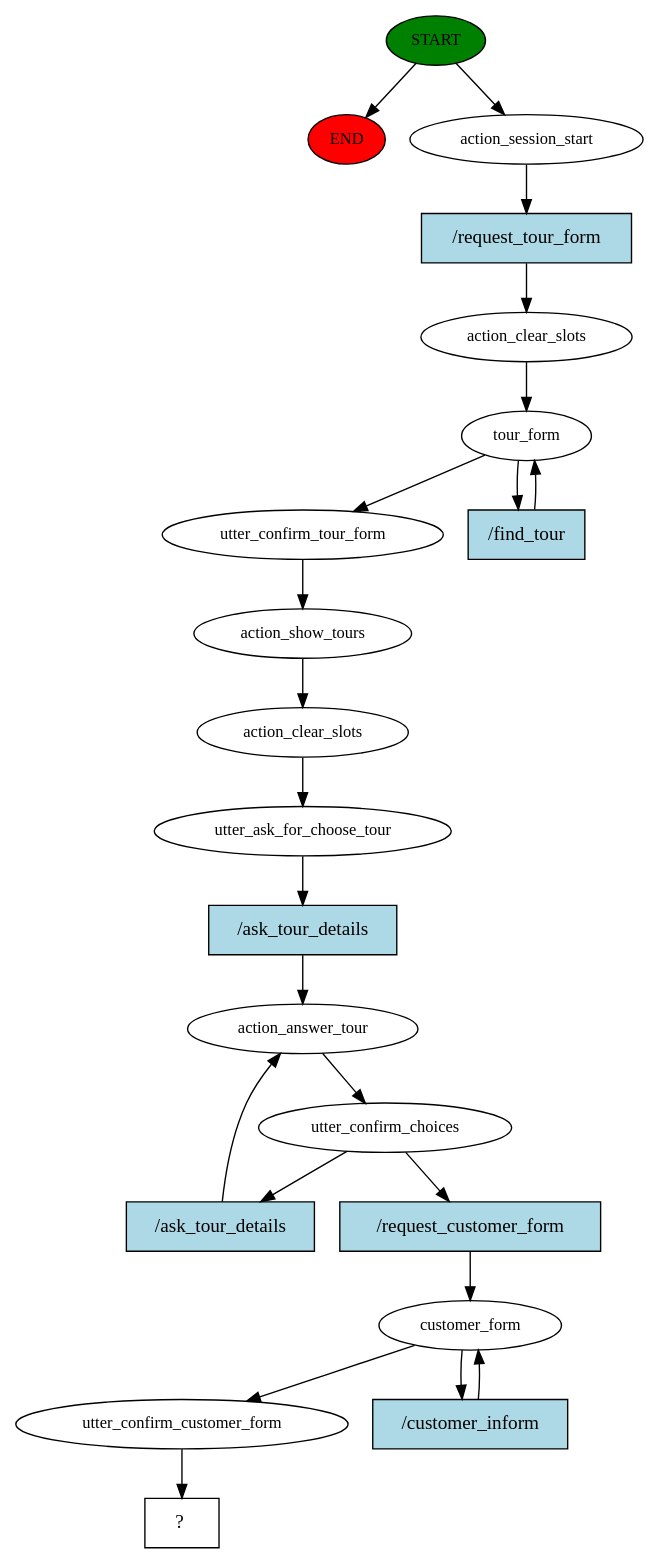
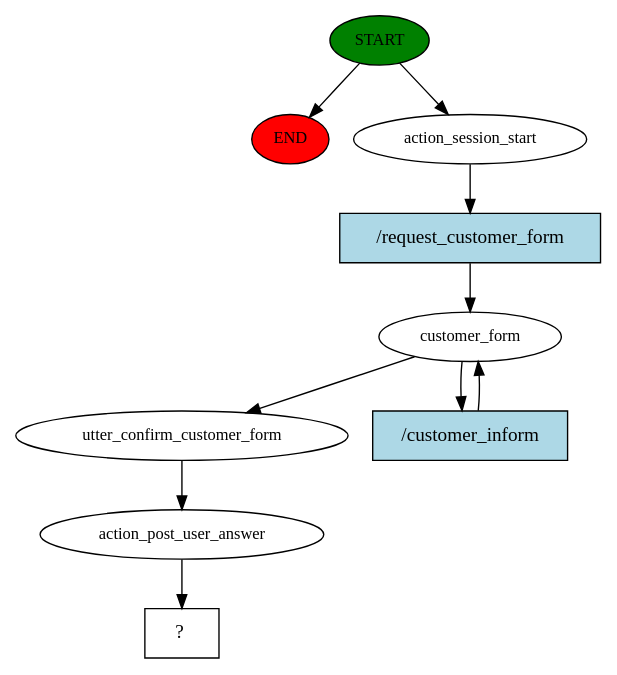
Before and after one commit to sitoan/chatbot: the diagram in story_graph.dot, drawn with Graphviz. The commit also changed 15 other files, not shown here.

```diff
--- a/story_graph.dot
+++ b/story_graph.dot
@@ -1,44 +1,20 @@
 digraph  {
 0 [class="start active", fillcolor=green, fontsize=12, label=START, style=filled];
 "-1" [class=end, fillcolor=red, fontsize=12, label=END, style=filled];
 1 [class=active, fontsize=12, label=action_session_start];
-2 [class=active, fontsize=12, label=action_clear_slots];
-3 [class=active, fontsize=12, label=tour_form];
-10 [class=active, fontsize=12, label=utter_confirm_tour_form];
-11 [class=active, fontsize=12, label=action_show_tours];
-12 [class=active, fontsize=12, label=action_clear_slots];
-13 [class=active, fontsize=12, label=utter_ask_for_choose_tour];
-14 [class=active, fontsize=12, label=action_answer_tour];
-15 [class=active, fontsize=12, label=utter_confirm_choices];
-20 [class=active, fontsize=12, label=customer_form];
-23 [class=active, fontsize=12, label=utter_confirm_customer_form];
-24 [class="intent dashed active", label="  ?  ", shape=rect];
-25 [class="intent active", fillcolor=lightblue, label="/request_tour_form", shape=rect, style=filled];
-26 [class="intent active", fillcolor=lightblue, label="/find_tour", shape=rect, style=filled];
-27 [class="intent active", fillcolor=lightblue, label="/ask_tour_details", shape=rect, style=filled];
-28 [class="intent active", fillcolor=lightblue, label="/ask_tour_details", shape=rect, style=filled];
-29 [class="intent active", fillcolor=lightblue, label="/request_customer_form", shape=rect, style=filled];
-30 [class="intent active", fillcolor=lightblue, label="/customer_inform", shape=rect, style=filled];
+2 [class=active, fontsize=12, label=customer_form];
+5 [class=active, fontsize=12, label=utter_confirm_customer_form];
+6 [class=active, fontsize=12, label=action_post_user_answer];
+7 [class="intent dashed active", label="  ?  ", shape=rect];
+8 [class="intent active", fillcolor=lightblue, label="/request_customer_form", shape=rect, style=filled];
+9 [class="intent active", fillcolor=lightblue, label="/customer_inform", shape=rect, style=filled];
 0 -> "-1"  [class="", key=NONE, label=""];
 0 -> 1  [class=active, key=NONE, label=""];
-1 -> 25  [class=active, key=0];
-2 -> 3  [class=active, key=NONE, label=""];
-3 -> 10  [class=active, key=NONE, label=""];
-3 -> 26  [class=active, key=0];
-10 -> 11  [class=active, key=NONE, label=""];
-11 -> 12  [class=active, key=NONE, label=""];
-12 -> 13  [class=active, key=NONE, label=""];
-13 -> 27  [class=active, key=0];
-14 -> 15  [class=active, key=NONE, label=""];
-15 -> 28  [class=active, key=0];
-15 -> 29  [class=active, key=0];
-20 -> 23  [class=active, key=NONE, label=""];
-20 -> 30  [class=active, key=0];
-23 -> 24  [class=active, key=NONE, label=""];
-25 -> 2  [class=active, key=0];
-26 -> 3  [class=active, key=0];
-27 -> 14  [class=active, key=0];
-28 -> 14  [class=active, key=0];
-29 -> 20  [class=active, key=0];
-30 -> 20  [class=active, key=0];
+1 -> 8  [class=active, key=0];
+2 -> 5  [class=active, key=NONE, label=""];
+2 -> 9  [class=active, key=0];
+5 -> 6  [class=active, key=NONE, label=""];
+6 -> 7  [class=active, key=NONE, label=""];
+8 -> 2  [class=active, key=0];
+9 -> 2  [class=active, key=0];
 }
```
